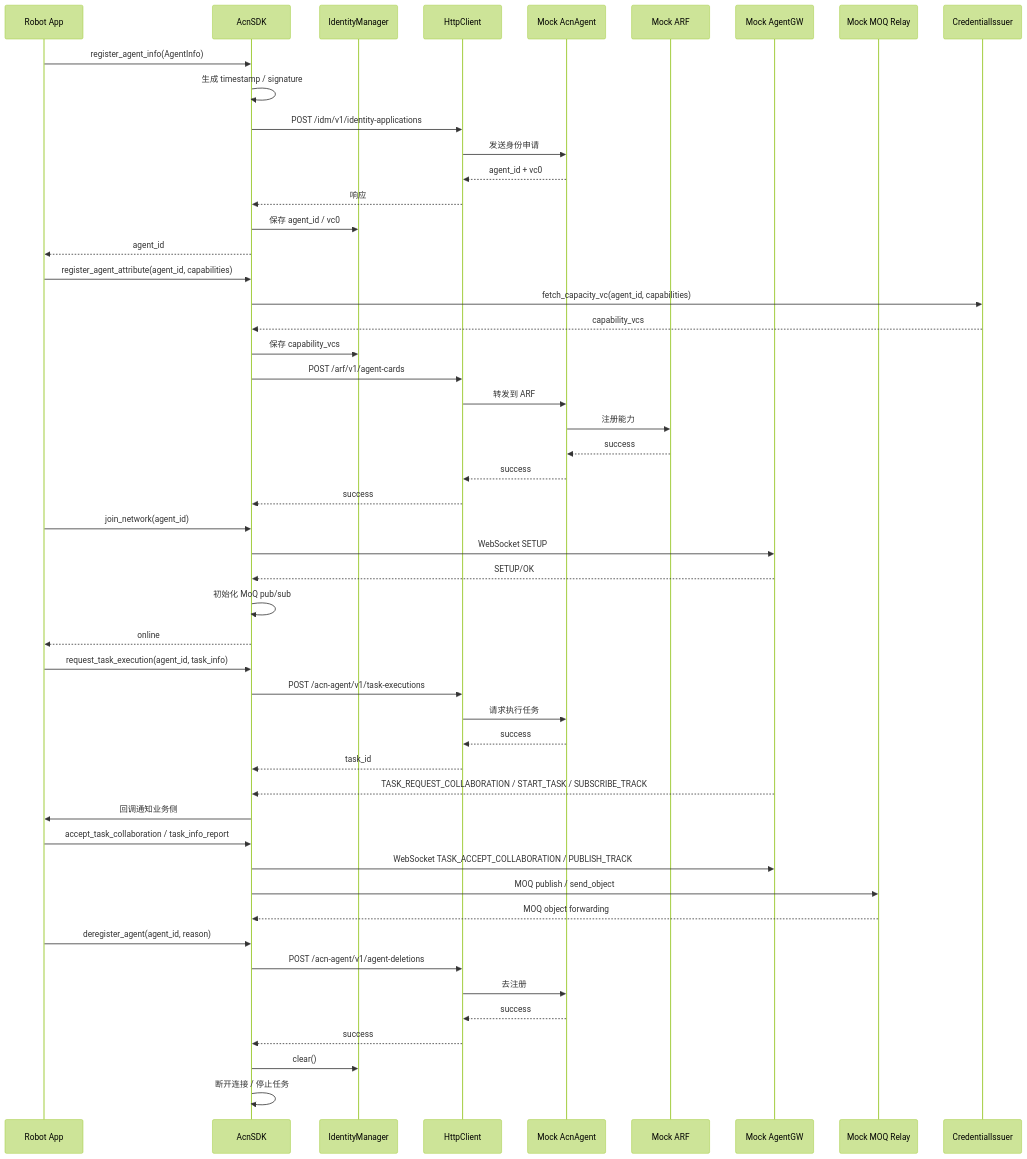
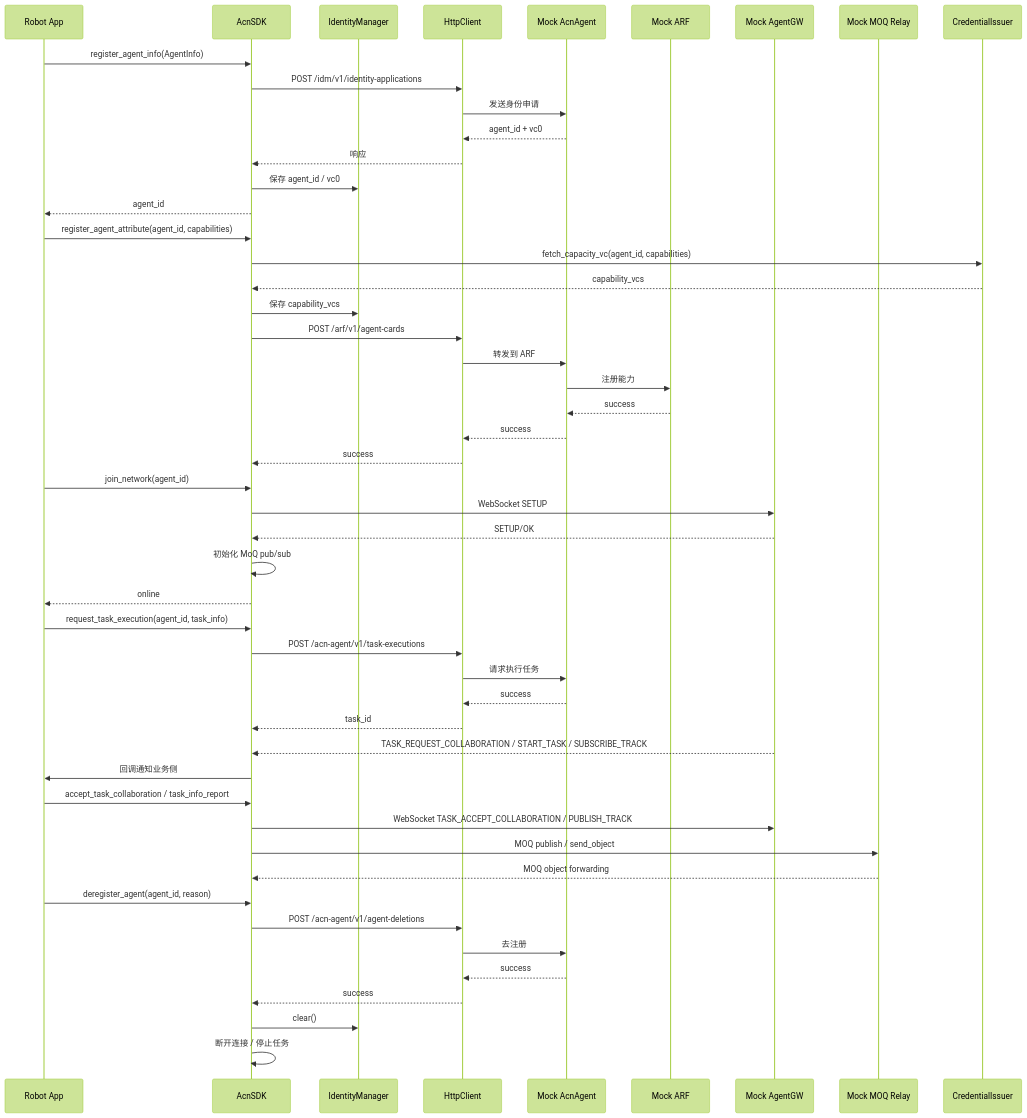
Before and after one commit to acore2026/acn_sdk: the diagram in docs/ARCHITECTURE.md, drawn with Mermaid (forest theme). The commit also changed other lines of this file and 20 other files, not shown here.

````diff
--- a/docs/ARCHITECTURE.md
+++ b/docs/ARCHITECTURE.md
@@ -38,59 +46,58 @@
 ```mermaid
 sequenceDiagram
     participant Robot as Robot App
     participant SDK as AcnSDK
     participant ID as IdentityManager
     participant HTTP as HttpClient
     participant Agent as Mock AcnAgent
     participant ARF as Mock ARF
     participant GW as Mock AgentGW
     participant Relay as Mock MOQ Relay
     participant Issuer as CredentialIssuer
 
     Robot->>SDK: register_agent_info(AgentInfo)
-    SDK->>SDK: 生成 timestamp / signature
     SDK->>HTTP: POST /idm/v1/identity-applications
     HTTP->>Agent: 发送身份申请
     Agent-->>HTTP: agent_id + vc0
     HTTP-->>SDK: 响应
     SDK->>ID: 保存 agent_id / vc0
     SDK-->>Robot: agent_id
 
     Robot->>SDK: register_agent_attribute(agent_id, capabilities)
     SDK->>Issuer: fetch_capacity_vc(agent_id, capabilities)
     Issuer-->>SDK: capability_vcs
     SDK->>ID: 保存 capability_vcs
     SDK->>HTTP: POST /arf/v1/agent-cards
     HTTP->>Agent: 转发到 ARF
     Agent->>ARF: 注册能力
     ARF-->>Agent: success
     Agent-->>HTTP: success
     HTTP-->>SDK: success
 
     Robot->>SDK: join_network(agent_id)
     SDK->>GW: WebSocket SETUP
     GW-->>SDK: SETUP/OK
     SDK->>SDK: 初始化 MoQ pub/sub
     SDK-->>Robot: online
 
     Robot->>SDK: request_task_execution(agent_id, task_info)
     SDK->>HTTP: POST /acn-agent/v1/task-executions
     HTTP->>Agent: 请求执行任务
     Agent-->>HTTP: success
     HTTP-->>SDK: task_id
 
     GW-->>SDK: TASK_REQUEST_COLLABORATION / START_TASK / SUBSCRIBE_TRACK
     SDK->>Robot: 回调通知业务侧
     Robot->>SDK: accept_task_collaboration / task_info_report
     SDK->>GW: WebSocket TASK_ACCEPT_COLLABORATION / PUBLISH_TRACK
     SDK->>Relay: MOQ publish / send_object
     Relay-->>SDK: MOQ object forwarding
 
     Robot->>SDK: deregister_agent(agent_id, reason)
     SDK->>HTTP: POST /acn-agent/v1/agent-deletions
     HTTP->>Agent: 去注册
     Agent-->>HTTP: success
     HTTP-->>SDK: success
     SDK->>ID: clear()
     SDK->>SDK: 断开连接 / 停止任务
 ```
````
